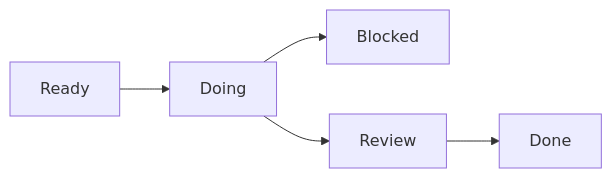
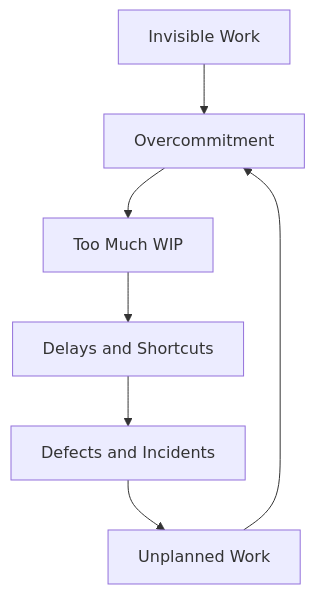
One commit to sansoo1972/thephoenixproject_guide changed the fourth of 6 diagrams in Phoenix_Project_Study_Guide.md. Above: the diagram before and after it, drawn with Mermaid. The commit also changed other lines of this file, not shown here.

````diff
--- a/Phoenix_Project_Study_Guide.md
+++ b/Phoenix_Project_Study_Guide.md
@@ -388,7 +244,9 @@
 ```mermaid
-flowchart LR
-    A[Ready] --> B[Doing]
-    B --> C[Blocked]
-    B --> D[Review]
-    D --> E[Done]
+flowchart TD
+    A[Invisible Work] --> B[Overcommitment]
+    B --> C[Too Much WIP]
+    C --> D[Delays and Shortcuts]
+    D --> E[Defects and Incidents]
+    E --> F[Unplanned Work]
+    F --> B
 ```
````
